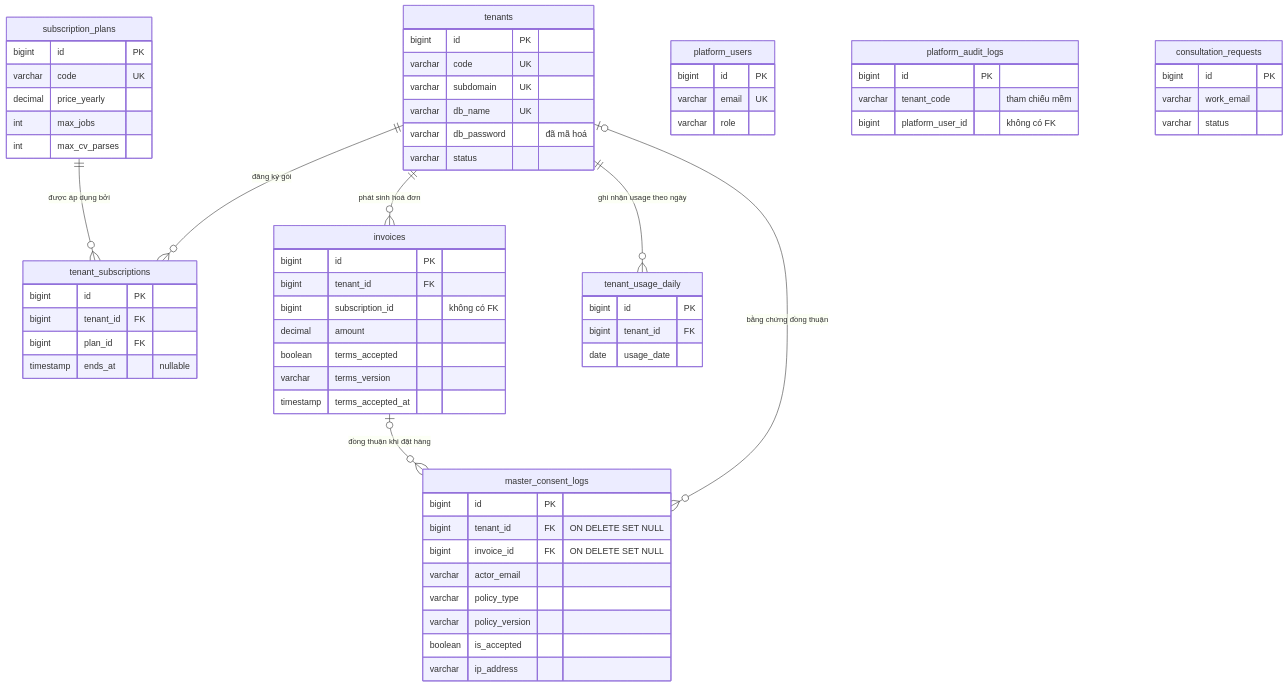
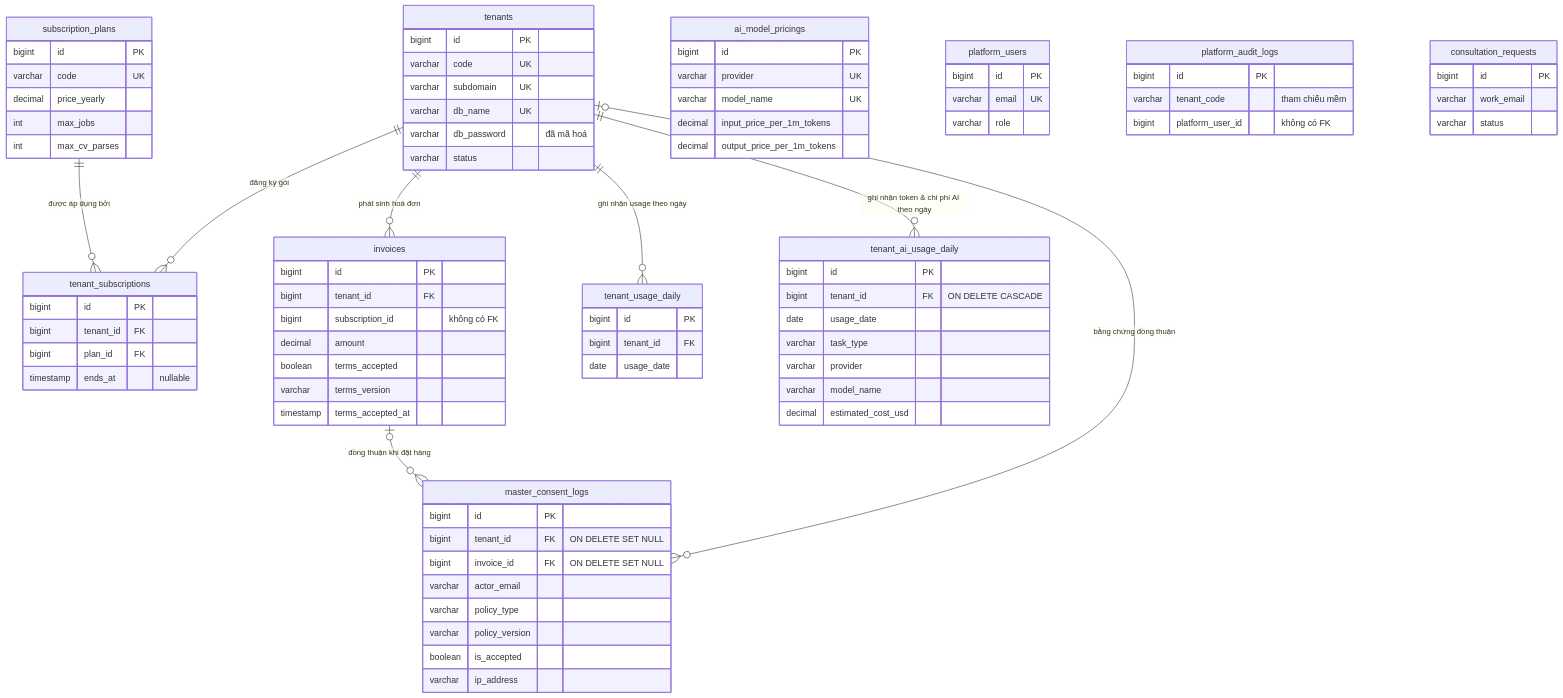
One commit to hieupnh12/SmartHire-AI changed the second of 11 diagrams in docs/database/README.md. Above: the diagram before and after it, drawn with Mermaid. The commit also changed other lines of this file and 70 other files, not shown here.

```diff
--- a/docs/database/README.md
+++ b/docs/database/README.md
@@ -302,6 +307,7 @@
     subscription_plans ||--o{ tenant_subscriptions : "được áp dụng bởi"
     tenants ||--o{ invoices : "phát sinh hoá đơn"
     tenants ||--o{ tenant_usage_daily : "ghi nhận usage theo ngày"
+    tenants ||--o{ tenant_ai_usage_daily : "ghi nhận token & chi phí AI theo ngày"
     tenants |o--o{ master_consent_logs : "bằng chứng đồng thuận"
     invoices |o--o{ master_consent_logs : "đồng thuận khi đặt hàng"
 
@@ -350,6 +356,22 @@
         bigint tenant_id FK
         date usage_date
     }
+    tenant_ai_usage_daily {
+        bigint id PK
+        bigint tenant_id FK "ON DELETE CASCADE"
+        date usage_date
+        varchar task_type
+        varchar provider
+        varchar model_name
+        decimal estimated_cost_usd
+    }
+    ai_model_pricings {
+        bigint id PK
+        varchar provider UK
+        varchar model_name UK
+        decimal input_price_per_1m_tokens
+        decimal output_price_per_1m_tokens
+    }
     platform_users {
         bigint id PK
         varchar email UK
```
